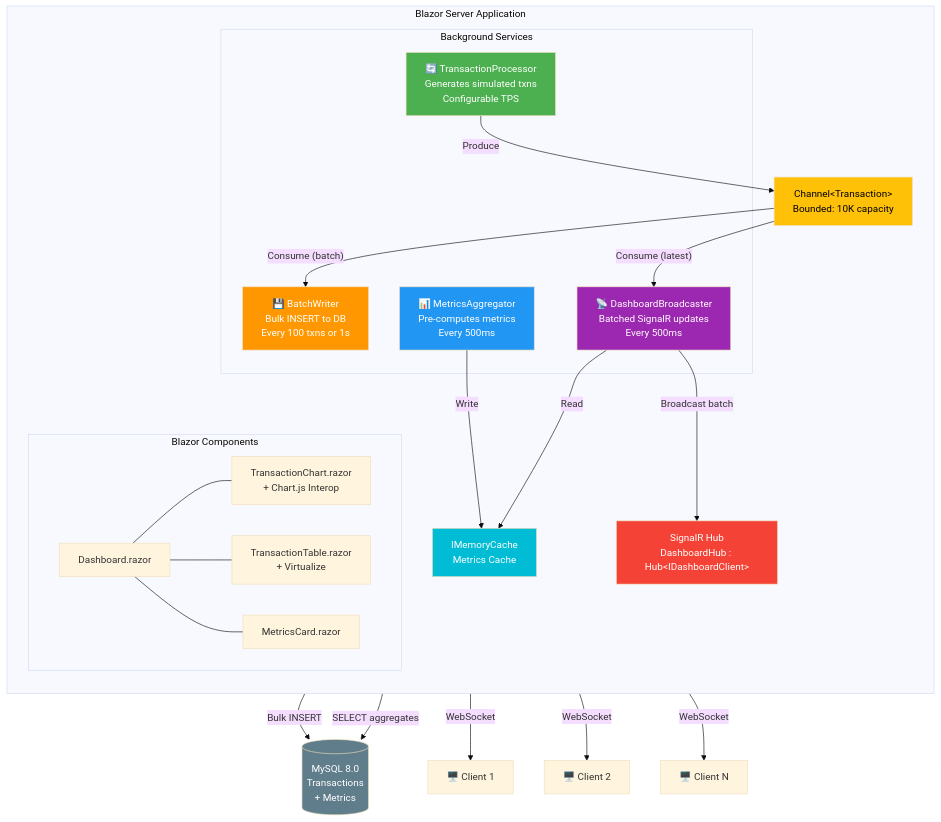
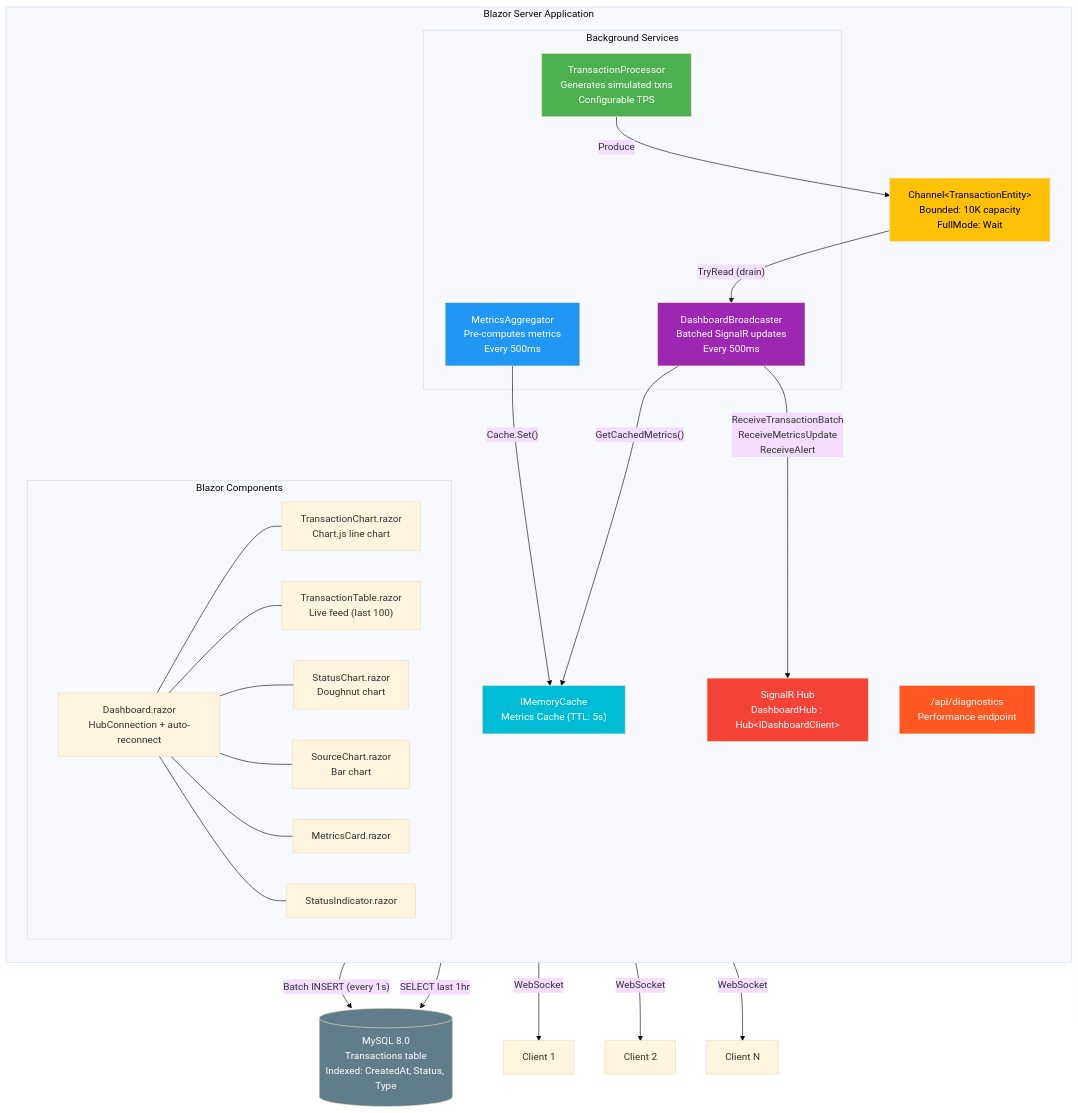
One commit to EpenalbaDev/Real-Time-Dashboard-with-SignalR-.NET-Core changed the diagram in docs/architecture/diagrams/system-overview.mmd. Above: the diagram before and after it, drawn with Mermaid (base theme). The commit also changed 12 other files, not shown here.

First line of the commit message:
feat: add performance instrumentation, load tests, architecture docs, and benchmarks

```diff
--- a/docs/architecture/diagrams/system-overview.mmd
+++ b/docs/architecture/diagrams/system-overview.mmd
@@ -1,50 +1,55 @@
 graph TB
     subgraph "Blazor Server Application"
         direction TB
-        
+
         subgraph "Background Services"
-            TP["🔄 TransactionProcessor<br/>Generates simulated txns<br/>Configurable TPS"]
-            MA["📊 MetricsAggregator<br/>Pre-computes metrics<br/>Every 500ms"]
-            BW["💾 BatchWriter<br/>Bulk INSERT to DB<br/>Every 100 txns or 1s"]
-            BC["📡 DashboardBroadcaster<br/>Batched SignalR updates<br/>Every 500ms"]
+            TP["TransactionProcessor<br/>Generates simulated txns<br/>Configurable TPS"]
+            MA["MetricsAggregator<br/>Pre-computes metrics<br/>Every 500ms"]
+            BC["DashboardBroadcaster<br/>Batched SignalR updates<br/>Every 500ms"]
         end
-        
-        CH_TXN["Channel&lt;Transaction&gt;<br/>Bounded: 10K capacity"]
-        CACHE["IMemoryCache<br/>Metrics Cache"]
+
+        CH_TXN["Channel&lt;TransactionEntity&gt;<br/>Bounded: 10K capacity<br/>FullMode: Wait"]
+        CACHE["IMemoryCache<br/>Metrics Cache (TTL: 5s)"]
         HUB["SignalR Hub<br/>DashboardHub : Hub&lt;IDashboardClient&gt;"]
-        
+        DIAG["/api/diagnostics<br/>Performance endpoint"]
+
         subgraph "Blazor Components"
-            DASH["Dashboard.razor"]
-            CHART["TransactionChart.razor<br/>+ Chart.js Interop"]
-            TABLE["TransactionTable.razor<br/>+ Virtualize"]
+            DASH["Dashboard.razor<br/>HubConnection + auto-reconnect"]
+            CHART["TransactionChart.razor<br/>Chart.js line chart"]
+            TABLE["TransactionTable.razor<br/>Live feed (last 100)"]
+            STATUS["StatusChart.razor<br/>Doughnut chart"]
+            SOURCE["SourceChart.razor<br/>Bar chart"]
             CARDS["MetricsCard.razor"]
+            INDICATOR["StatusIndicator.razor"]
         end
     end
-    
-    DB[(MySQL 8.0<br/>Transactions<br/>+ Metrics)]
-    
+
+    DB[(MySQL 8.0<br/>Transactions table<br/>Indexed: CreatedAt, Status, Type)]
+
     TP -->|"Produce"| CH_TXN
-    CH_TXN -->|"Consume (batch)"| BW
-    CH_TXN -->|"Consume (latest)"| BC
-    BW -->|"Bulk INSERT"| DB
-    MA -->|"SELECT aggregates"| DB
-    MA -->|"Write"| CACHE
-    BC -->|"Read"| CACHE
-    BC -->|"Broadcast batch"| HUB
-    
-    HUB -->|"WebSocket"| C1["🖥️ Client 1"]
-    HUB -->|"WebSocket"| C2["🖥️ Client 2"]
-    HUB -->|"WebSocket"| CN["🖥️ Client N"]
-    
+    TP -->|"Batch INSERT (every 1s)"| DB
+    CH_TXN -->|"TryRead (drain)"| BC
+    MA -->|"SELECT last 1hr"| DB
+    MA -->|"Cache.Set()"| CACHE
+    BC -->|"GetCachedMetrics()"| CACHE
+    BC -->|"ReceiveTransactionBatch<br/>ReceiveMetricsUpdate<br/>ReceiveAlert"| HUB
+
+    HUB -->|"WebSocket"| C1["Client 1"]
+    HUB -->|"WebSocket"| C2["Client 2"]
+    HUB -->|"WebSocket"| CN["Client N"]
+
     DASH --- CHART
     DASH --- TABLE
+    DASH --- STATUS
+    DASH --- SOURCE
     DASH --- CARDS
+    DASH --- INDICATOR
 
     style TP fill:#4CAF50,color:#fff
     style MA fill:#2196F3,color:#fff
-    style BW fill:#FF9800,color:#fff
     style BC fill:#9C27B0,color:#fff
     style HUB fill:#F44336,color:#fff
     style DB fill:#607D8B,color:#fff
     style CH_TXN fill:#FFC107,color:#000
     style CACHE fill:#00BCD4,color:#fff
+    style DIAG fill:#FF5722,color:#fff
```
